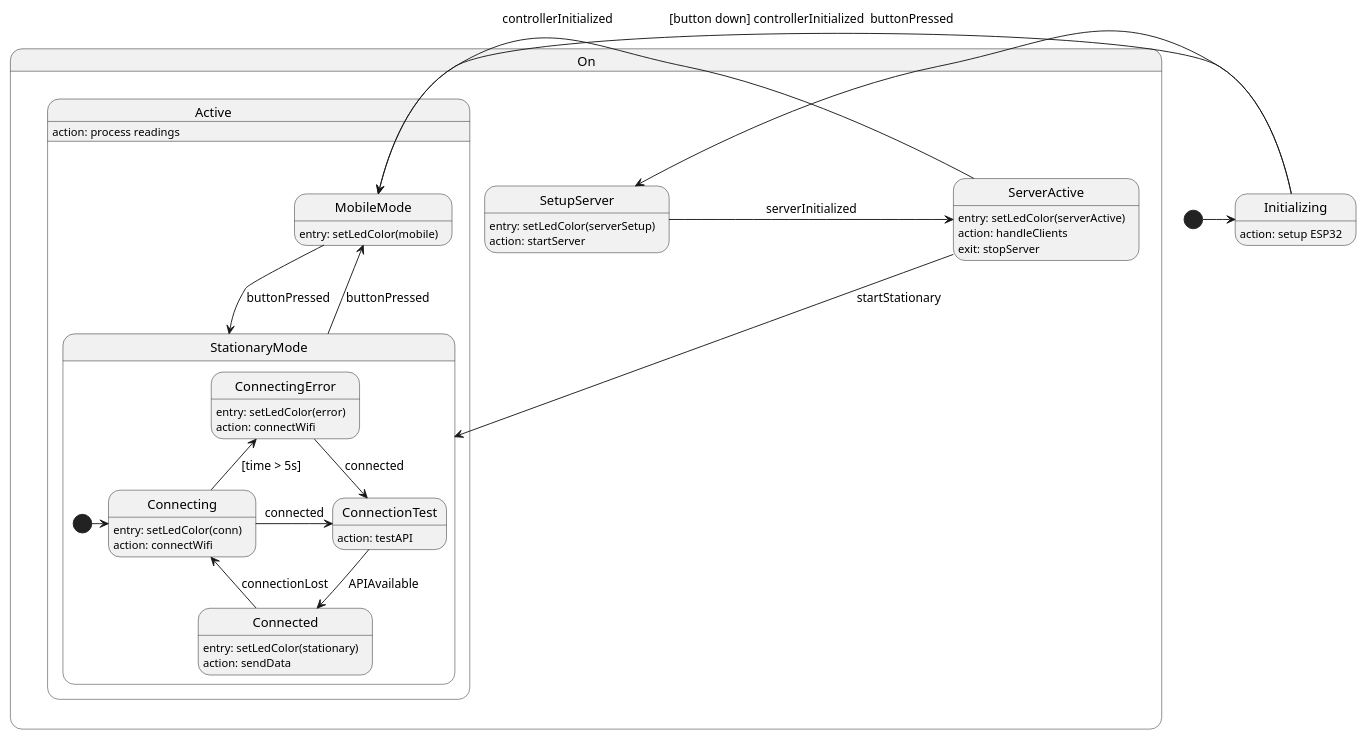
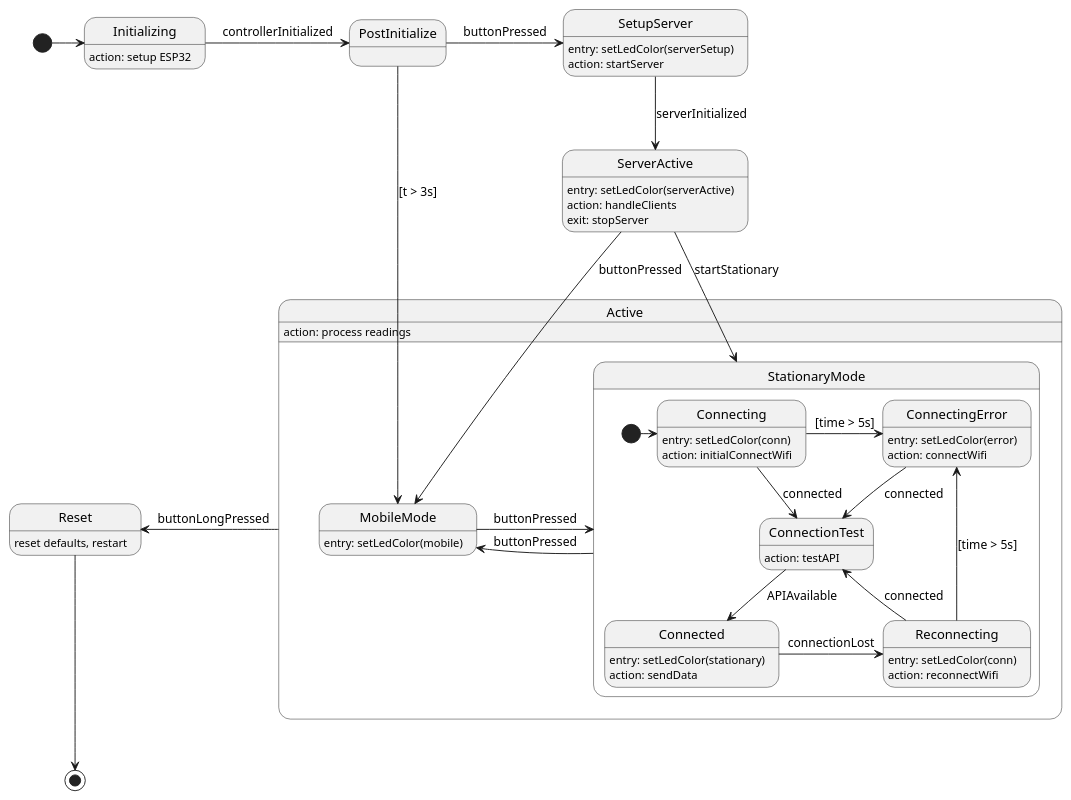
The diagram in designs/diagrams/esp-states.puml (Safecast/bGeigieCast), drawn with PlantUML before and after one commit. The commit also changed 5 other files, not shown here.

Commit message:
update software design diagrams

```diff
--- a/designs/diagrams/esp-states.puml
+++ b/designs/diagrams/esp-states.puml
@@ -1,66 +1,72 @@
 @startuml
+
 
 State Initializing
 Initializing: action: setup ESP32
+State PostInitialize
 
-state On {
-
-    state SetupServer
-    SetupServer: entry: setLedColor(serverSetup)
-    SetupServer: action: startServer
-    state ServerActive
-    ServerActive: entry: setLedColor(serverActive)
-    ServerActive: action: handleClients
-    ServerActive: exit: stopServer
-    State Active
-    Active: action: process readings
+state SetupServer
+SetupServer: entry: setLedColor(serverSetup)
+SetupServer: action: startServer
+state ServerActive
+ServerActive: entry: setLedColor(serverActive)
+ServerActive: action: handleClients
+ServerActive: exit: stopServer
+State Active
+Active: action: process readings
+State Reset
+Reset: reset defaults, restart
 
 
-    state Active {
-        state StationaryMode
-        state MobileMode
-        MobileMode: entry: setLedColor(mobile)
+state Active {
+    state StationaryMode
+    state MobileMode
+    MobileMode: entry: setLedColor(mobile)
 
-        state StationaryMode {
-            state Connecting
-            Connecting: entry: setLedColor(conn)
-            Connecting: action: connectWifi
-            state ConnectingError
-            ConnectingError: entry: setLedColor(error)
-            ConnectingError: action: connectWifi
-            state ConnectionTest
-            ConnectionTest: action: testAPI
-            state Connected
-            Connected: entry: setLedColor(stationary)
-            Connected: action: sendData
+    state StationaryMode {
+        state Connecting
+        Connecting: entry: setLedColor(conn)
+        Connecting: action: initialConnectWifi
+        state Reconnecting
+        Reconnecting: entry: setLedColor(conn)
+        Reconnecting: action: reconnectWifi
+        state ConnectingError
+        ConnectingError: entry: setLedColor(error)
+        ConnectingError: action: connectWifi
+        state ConnectionTest
+        ConnectionTest: action: testAPI
+        state Connected
+        Connected: entry: setLedColor(stationary)
+        Connected: action: sendData
 
-            [*] -> Connecting
-            Connecting -> ConnectionTest : connected
-            ConnectionTest --> Connected : APIAvailable
-            Connected -> Connecting: connectionLost
-            Connecting -u-> ConnectingError : [time > 5s]
-            ConnectingError -d-> ConnectionTest: connected
-        }
+        [*] -> Connecting
+        Connecting -> ConnectionTest : connected
+        Reconnecting -> ConnectionTest : connected
+        ConnectionTest --> Connected : APIAvailable
+        Connected -> Reconnecting: connectionLost
+        Connecting -> ConnectingError : [time > 5s]
+        Reconnecting -u-> ConnectingError : [time > 5s]
+        ConnectingError -d-> ConnectionTest: connected
+    }
 
 
-        MobileMode -d-> StationaryMode : buttonPressed
-        StationaryMode -u-> MobileMode : buttonPressed
-    }
-
-    SetupServer -> ServerActive : serverInitialized
-    ServerActive -> MobileMode : buttonPressed
-    ServerActive -> StationaryMode : startStationary
+    MobileMode -r-> StationaryMode : buttonPressed
+    StationaryMode -l-> MobileMode : buttonPressed
+}
 
 
-}
 [*] -> Initializing
-Initializing -> SetupServer : [button down] controllerInitialized
-Initializing -> MobileMode : controllerInitialized
+Initializing -> PostInitialize : controllerInitialized
+PostInitialize -> SetupServer : buttonPressed
+PostInitialize -d-> MobileMode : [t > 3s]
+SetupServer -d-> ServerActive : serverInitialized
+ServerActive -d-> MobileMode : buttonPressed
+ServerActive -d-> StationaryMode : startStationary
+Active -l-> Reset : buttonLongPressed
+Reset -d-> [*]
+
 
 ''' Layout
-Initializing -[hidden]> On
 MobileMode -[hidden]> StationaryMode
 
-
-
 @enduml
```
